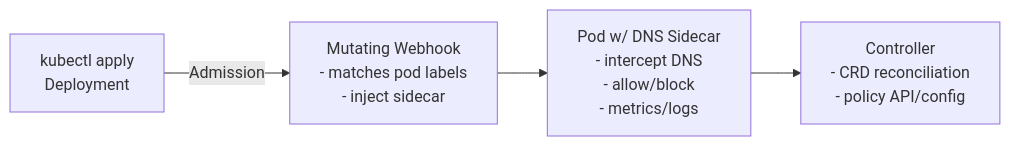
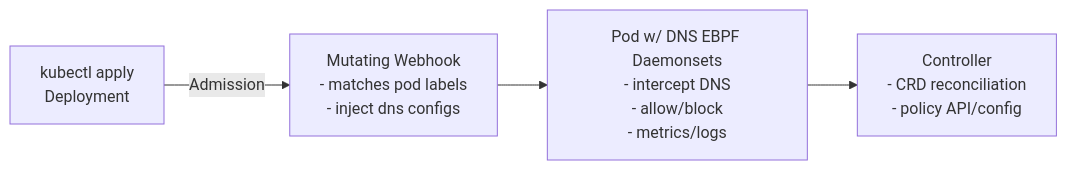
One commit to dashdns/.github changed the diagram in profile/README.md. Above: the diagram before and after it, drawn with Mermaid. The commit also changed other lines of this file and 1 other file, not shown here.

````diff
--- a/profile/README.md
+++ b/profile/README.md
@@ -55,13 +53,13 @@
 ```mermaid
 
 flowchart LR
     A[kubectl apply<br/>Deployment]
-    B[Mutating Webhook<br/>- matches pod labels<br/>- inject sidecar]
-    C[Pod w/ DNS Sidecar<br/>- intercept DNS<br/>- allow/block<br/>- metrics/logs]
+    B[Mutating Webhook<br/>- matches pod labels<br/>- inject dns configs]
+    C[Pod w/ DNS EBPF Daemonsets<br/>- intercept DNS<br/>- allow/block<br/>- metrics/logs]
     D[Controller<br/>- CRD reconciliation<br/>- policy API/config]
 
     A -->|Admission| B
     B --> C
     C --> D
 
 ```
````
